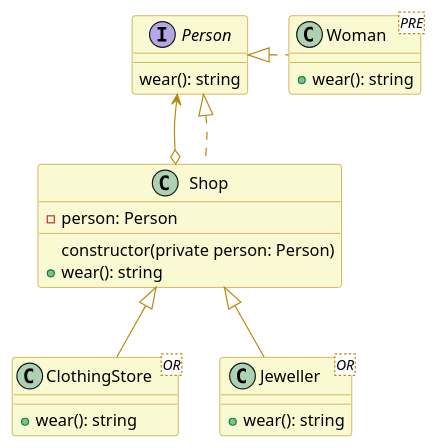
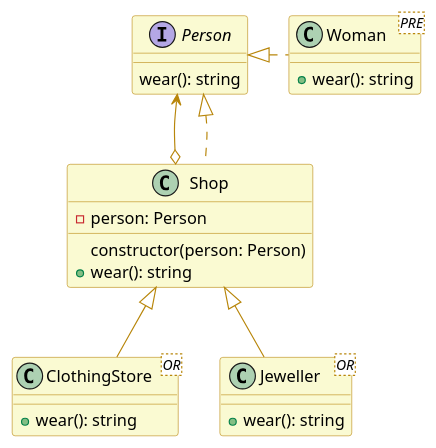
Before and after one commit to plkpiotr/design-patterns: the diagram in src/app/structural/decorator/decorator.puml, drawn with PlantUML. The commit also changed 9 other files, not shown here.

Commit message:
Launch test and remove redundant information from diagrams

```diff
--- a/src/app/structural/decorator/decorator.puml
+++ b/src/app/structural/decorator/decorator.puml
@@ -1,38 +1,38 @@
 @startuml
 
 skinparam class {
   backgroundColor lightgoldenrodyellow
   arrowColor darkgoldenrod
   borderColor darkgoldenrod
 }
 
 interface Person {
   wear(): string
 }
 
 class Woman <PRE> {
   + wear(): string
 }
 
 class Shop {
   - person: Person
-  constructor(private person: Person)
+  constructor(person: Person)
   + wear(): string
 }
 
 class ClothingStore <OR> {
   + wear(): string
 }
 
 class Jeweller <OR> {
   + wear(): string
 }
 
 Person <|. Woman
 Person <--o Shop
 Person <|.. Shop
 
 Shop <|-- ClothingStore
 Shop <|-- Jeweller
 
 @enduml
```
